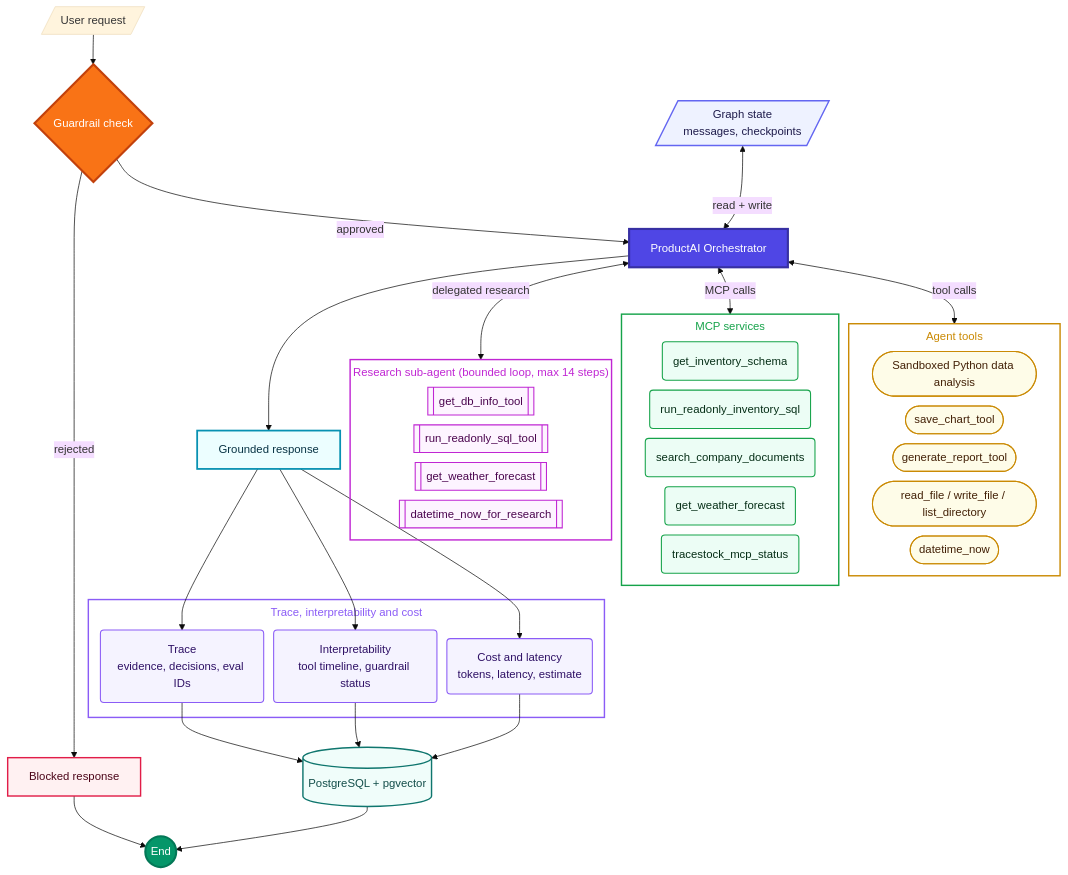
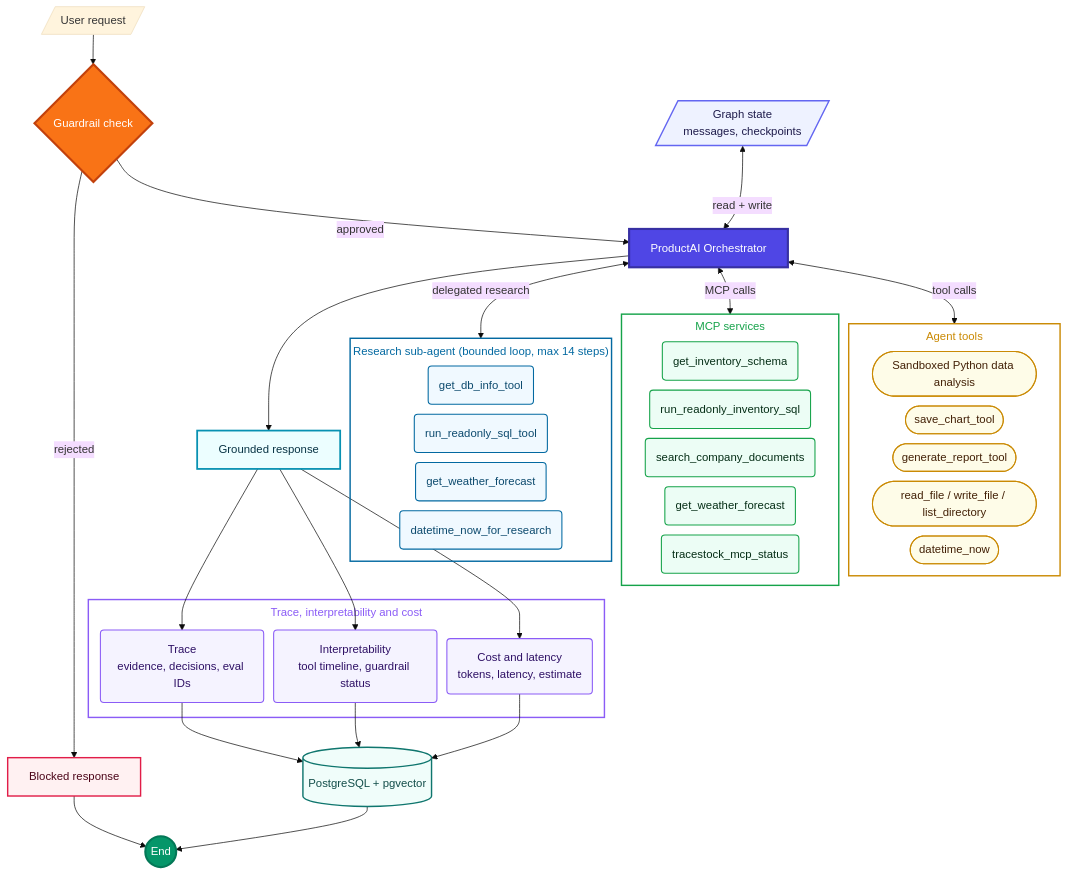
The diagram in frontend/public/generated/productai_agent_full_graph.mmd (badhon1512/DevAnalystAgent), drawn with Mermaid (base theme) before and after one commit. The commit also changed 3 other files, not shown here.

```diff
--- a/frontend/public/generated/productai_agent_full_graph.mmd
+++ b/frontend/public/generated/productai_agent_full_graph.mmd
@@ -1,69 +1,69 @@
 %%{init: {"flowchart": {"nodeSpacing": 14, "rankSpacing": 42, "subGraphTitleMargin": {"top": 6, "bottom": 16}}}}%%
 flowchart TB
     USER[/User request/] --> GUARD{Guardrail check}
     GUARD -->|rejected| BLOCKED[Blocked response]
     GUARD -->|approved| O[ProductAI Orchestrator]
 
     STATE[/"Graph state<br/>messages, checkpoints"/] <-->|read + write| O
     O <-->|delegated research| RESEARCH
     O <-->|MCP calls| MCP
     O <-->|tool calls| TOOLS
 
     subgraph RESEARCH["Research sub-agent (bounded loop, max 14 steps)"]
-        R1[["get_db_info_tool"]]:::researchNode
-        R2[["run_readonly_sql_tool"]]:::researchNode
-        R3[["get_weather_forecast"]]:::researchNode
-        R4[["datetime_now_for_research"]]:::researchNode
+        R1("get_db_info_tool"):::researchNode
+        R2("run_readonly_sql_tool"):::researchNode
+        R3("get_weather_forecast"):::researchNode
+        R4("datetime_now_for_research"):::researchNode
     end
 
     subgraph MCP[MCP services]
         M1("get_inventory_schema"):::mcpNode
         M2("run_readonly_inventory_sql"):::mcpNode
         M3("search_company_documents"):::mcpNode
         M4("get_weather_forecast"):::mcpNode
         M5("tracestock_mcp_status"):::mcpNode
     end
 
     subgraph TOOLS[Agent tools]
         T2(["Sandboxed Python data analysis"]):::toolNode
         T3(["save_chart_tool"]):::toolNode
         T4(["generate_report_tool"]):::toolNode
         T5(["read_file / write_file / list_directory"]):::toolNode
         T6(["datetime_now"]):::toolNode
     end
 
     O --> ANSWER[Grounded response]
 
     subgraph OBS[Trace, interpretability and cost]
         TRACE("Trace<br/>evidence, decisions, eval IDs"):::obsNode
         INTERP("Interpretability<br/>tool timeline, guardrail status"):::obsNode
         COST("Cost and latency<br/>tokens, latency, estimate"):::obsNode
     end
 
     ANSWER --> TRACE
     ANSWER --> INTERP
     ANSWER --> COST
 
     TRACE --> STORE[(PostgreSQL + pgvector)]
     INTERP --> STORE
     COST --> STORE
 
     BLOCKED --> FINISH((End))
     STORE --> FINISH
 
     classDef mcpNode fill:#ECFDF5,stroke:#16A34A,stroke-width:1.5px,color:#052E16
     classDef toolNode fill:#FEFCE8,stroke:#CA8A04,stroke-width:1.5px,color:#422006
-    classDef researchNode fill:#FDF4FF,stroke:#C026D3,stroke-width:1.5px,color:#4A044E
+    classDef researchNode fill:#F0F9FF,stroke:#0369A1,stroke-width:1.5px,color:#0C4A6E
     classDef obsNode fill:#F5F3FF,stroke:#8B5CF6,stroke-width:1.5px,color:#2E1065
 
     style GUARD fill:#F97316,color:#ffffff,stroke:#C2410C,stroke-width:3px
     style O fill:#4F46E5,color:#ffffff,stroke:#3730A3,stroke-width:3px
     style STATE fill:#EEF2FF,stroke:#6366F1,stroke-width:2px,color:#1E1B4B
     style ANSWER fill:#ECFEFF,stroke:#0891B2,stroke-width:2.5px,color:#083344
     style BLOCKED fill:#FFF1F2,stroke:#E11D48,stroke-width:2px,color:#4C0519
     style STORE fill:#F0FDFA,stroke:#0F766E,stroke-width:2px,color:#134E4A
     style FINISH fill:#059669,color:#ffffff,stroke:#047857,stroke-width:3px
-    style RESEARCH fill:transparent,stroke:#C026D3,stroke-width:2px,color:#C026D3
+    style RESEARCH fill:transparent,stroke:#0369A1,stroke-width:2px,color:#0369A1
     style MCP fill:transparent,stroke:#16A34A,stroke-width:2px,color:#16A34A
     style TOOLS fill:transparent,stroke:#CA8A04,stroke-width:2px,color:#CA8A04
     style OBS fill:transparent,stroke:#8B5CF6,stroke-width:2px,color:#8B5CF6
```
